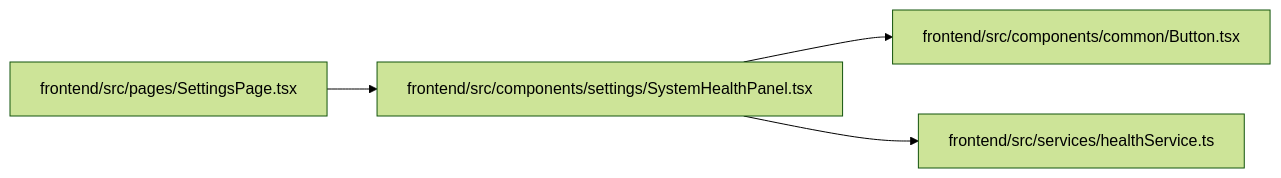
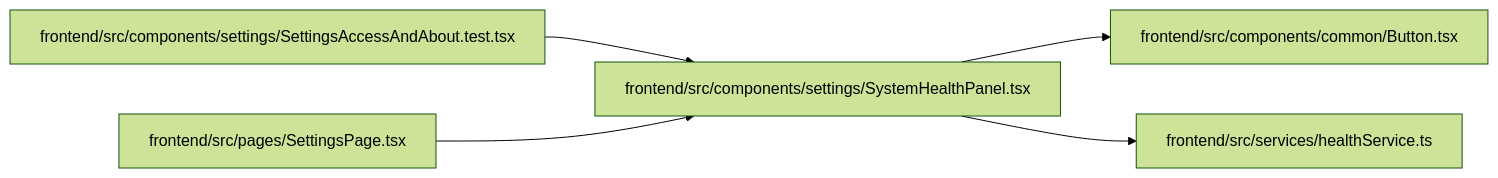
One commit to Denissvgn/WorkChord changed the diagram in docs/llm_wiki/modules/SystemHealthPanel.md. Above: the diagram before and after it, drawn with Mermaid (forest theme). The commit also changed other lines of this file and 343 other files, not shown here.

Commit message:
docs(wiki): refresh for the Access page and settings search

````diff
--- a/docs/llm_wiki/modules/SystemHealthPanel.md
+++ b/docs/llm_wiki/modules/SystemHealthPanel.md
@@ -29,14 +29,17 @@
 ```mermaid
 flowchart LR
     n0["frontend/src/components/common/Button.tsx"]
-    n1["frontend/src/components/settings/SystemHealthPanel.tsx"]
-    n2["frontend/src/pages/SettingsPage.tsx"]
-    n3["frontend/src/services/healthService.ts"]
-    n1 --> n0
-    n1 --> n3
-    n2 --> n1
+    n1["frontend/src/components/settings/SettingsAccessAndAbout.test.tsx"]
+    n2["frontend/src/components/settings/SystemHealthPanel.tsx"]
+    n3["frontend/src/pages/SettingsPage.tsx"]
+    n4["frontend/src/services/healthService.ts"]
+    n1 --> n2
+    n2 --> n0
+    n2 --> n4
+    n3 --> n2
     click n0 "../modules/Button.md"
-    click n1 "../modules/SystemHealthPanel.md"
-    click n2 "../modules/SettingsPage.md"
-    click n3 "../modules/healthService.md"
+    click n1 "../modules/SettingsAccessAndAbout.test.md"
+    click n2 "../modules/SystemHealthPanel.md"
+    click n3 "../modules/SettingsPage.md"
+    click n4 "../modules/healthService.md"
 ```
````
